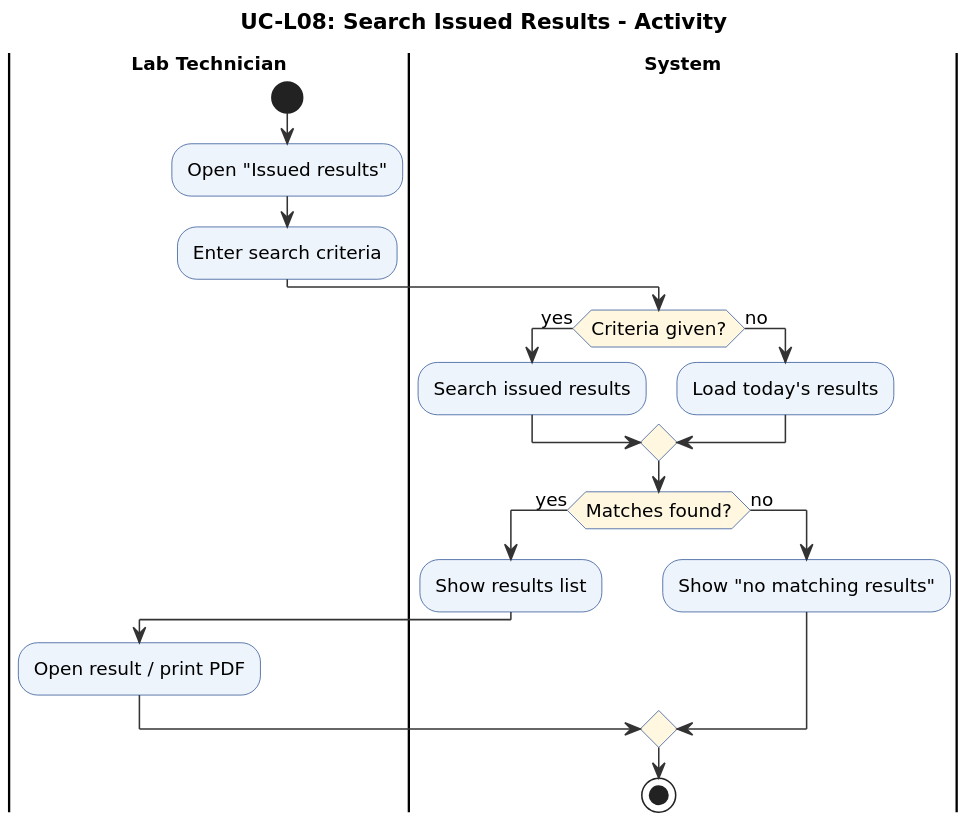
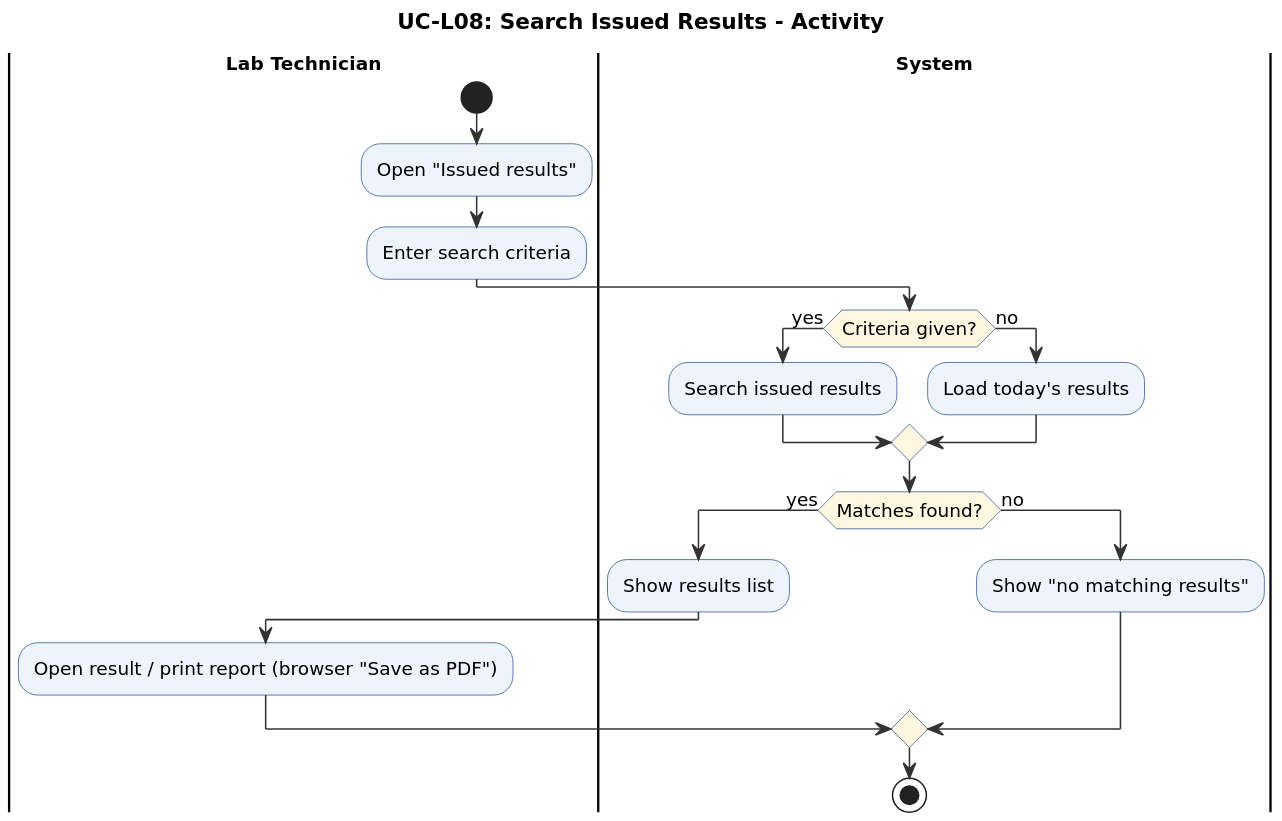
Before and after one commit to aymansl/HCMS: the diagram in docs/diagrams/UC-L08_act.puml, drawn with PlantUML. The commit also changed 15 other files, not shown here.

Commit message:
feat(lab): search issued results and print the result report (L8)

```diff
--- a/docs/diagrams/UC-L08_act.puml
+++ b/docs/diagrams/UC-L08_act.puml
@@ -1,39 +1,39 @@
 @startuml
 skinparam dpi 170
 skinparam shadowing false
 skinparam defaultFontName DejaVu Sans
 skinparam defaultFontSize 12
 skinparam ArrowColor #333333
 skinparam ActivityBackgroundColor #EEF4FB
 skinparam ActivityBorderColor #2F5597
 skinparam ActivityDiamondBackgroundColor #FFF7E0
 skinparam SwimlaneTitleFontStyle bold
 skinparam ParticipantBackgroundColor #EEF4FB
 skinparam ParticipantBorderColor #2F5597
 skinparam SequenceLifeLineBorderColor #888888
 skinparam UsecaseBackgroundColor #EEF4FB
 skinparam UsecaseBorderColor #2F5597
 skinparam ActorBorderColor #2F5597
 skinparam DatabaseBackgroundColor #EEF4FB
 skinparam SequenceGroupHeaderFontStyle bold
 title UC-L08: Search Issued Results - Activity
 |Lab Technician|
 start
 :Open "Issued results";
 :Enter search criteria;
 |System|
 if (Criteria given?) then (yes)
   :Search issued results;
 else (no)
   :Load today's results;
 endif
 if (Matches found?) then (yes)
   :Show results list;
   |Lab Technician|
-  :Open result / print PDF;
+  :Open result / print report (browser "Save as PDF");
 else (no)
   |System|
   :Show "no matching results";
 endif
 stop
 @enduml
```
